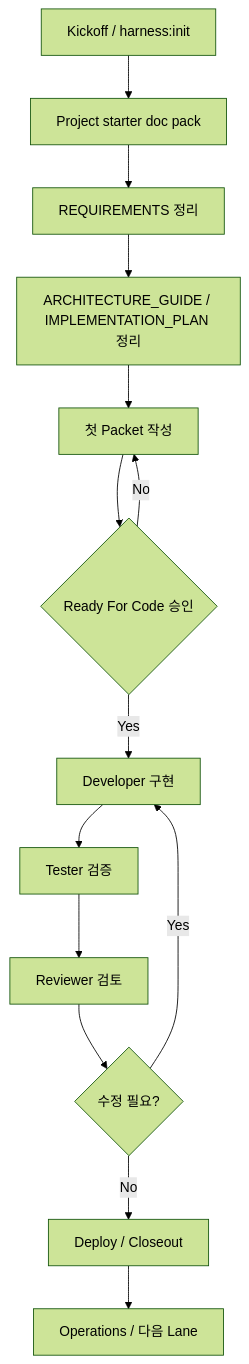
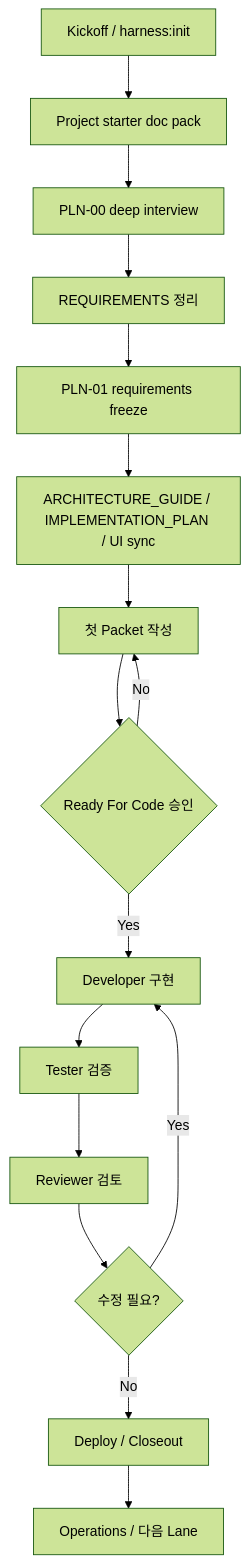
Before and after one commit to Heeyoung-Ahn/harness-implementation-v1: the first of 2 diagrams in reference/manuals/HARNESS_MANUAL.md, drawn with Mermaid (forest theme). The commit also changed other lines of this file and 66 other files, not shown here.

````diff
--- a/reference/manuals/HARNESS_MANUAL.md
+++ b/reference/manuals/HARNESS_MANUAL.md
@@ -292,16 +292,18 @@
 ```mermaid
 flowchart TD
     A["Kickoff / harness:init"] --> B["Project starter doc pack"]
-    B --> C["REQUIREMENTS 정리"]
-    C --> D["ARCHITECTURE_GUIDE / IMPLEMENTATION_PLAN 정리"]
-    D --> E["첫 Packet 작성"]
-    E --> F{"Ready For Code 승인"}
-    F -->|No| E
-    F -->|Yes| G["Developer 구현"]
-    G --> H["Tester 검증"]
-    H --> I["Reviewer 검토"]
-    I --> J{"수정 필요?"}
-    J -->|Yes| G
-    J -->|No| K["Deploy / Closeout"]
-    K --> L["Operations / 다음 Lane"]
+    B --> C["PLN-00 deep interview"]
+    C --> D["REQUIREMENTS 정리"]
+    D --> E["PLN-01 requirements freeze"]
+    E --> F["ARCHITECTURE_GUIDE / IMPLEMENTATION_PLAN / UI sync"]
+    F --> G["첫 Packet 작성"]
+    G --> H{"Ready For Code 승인"}
+    H -->|No| G
+    H -->|Yes| I["Developer 구현"]
+    I --> J["Tester 검증"]
+    J --> K["Reviewer 검토"]
+    K --> L{"수정 필요?"}
+    L -->|Yes| I
+    L -->|No| M["Deploy / Closeout"]
+    M --> N["Operations / 다음 Lane"]
 ```
````
